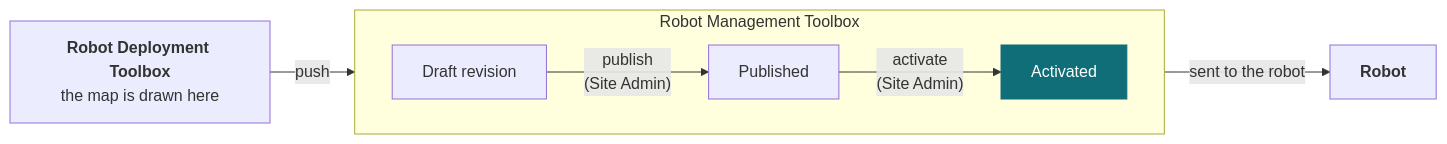
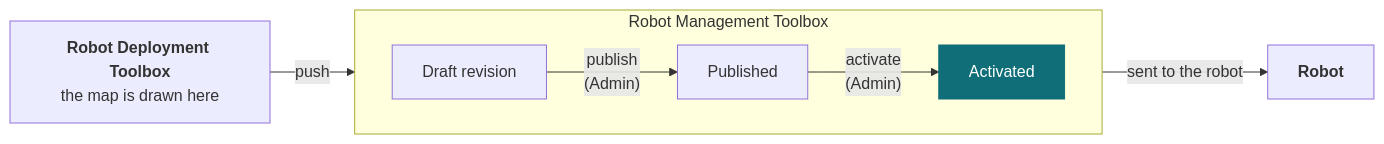
One commit to westonrobot/docs changed the second of 2 diagrams in solution/robot-management-toolbox/tenant-management.md. Above: the diagram before and after it, drawn with Mermaid. The commit also changed other lines of this file and 3 other files, not shown here.

````diff
--- a/solution/robot-management-toolbox/tenant-management.md
+++ b/solution/robot-management-toolbox/tenant-management.md
@@ -69,16 +71,16 @@
 ```mermaid
 flowchart LR
     TB["<b>Robot Deployment Toolbox</b><br/>the map is drawn here"]
     subgraph FMS["Robot Management Toolbox"]
         direction LR
         DRAFT["Draft revision"]
         PUB["Published"]
         ACTIVE["Activated"]
-        DRAFT -->|"publish<br/>(Site Admin)"| PUB
-        PUB -->|"activate<br/>(Site Admin)"| ACTIVE
+        DRAFT -->|"publish<br/>(Admin)"| PUB
+        PUB -->|"activate<br/>(Admin)"| ACTIVE
     end
     ROBOT["<b>Robot</b>"]
     TB -->|"push"| DRAFT
     ACTIVE -->|"sent to the robot"| ROBOT
     style ACTIVE fill:#0f6e78,stroke:#0f6e78,color:#fff
 ```
````
